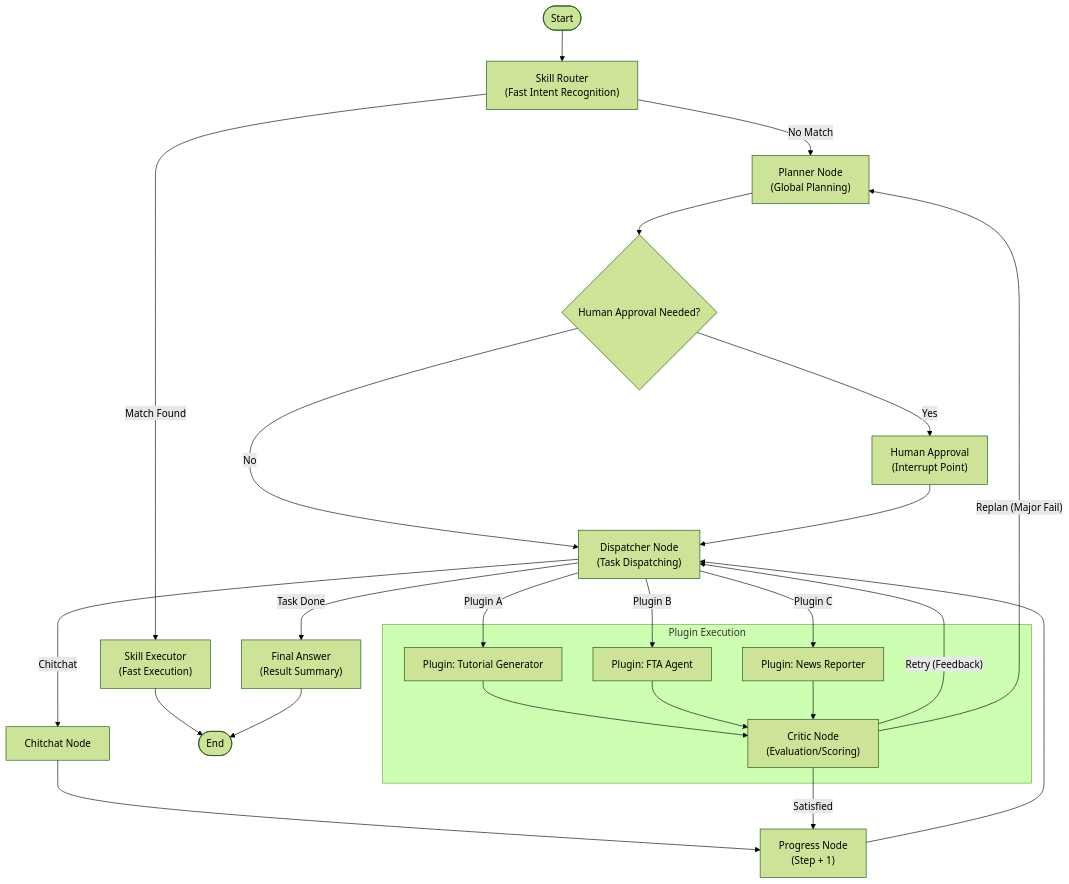
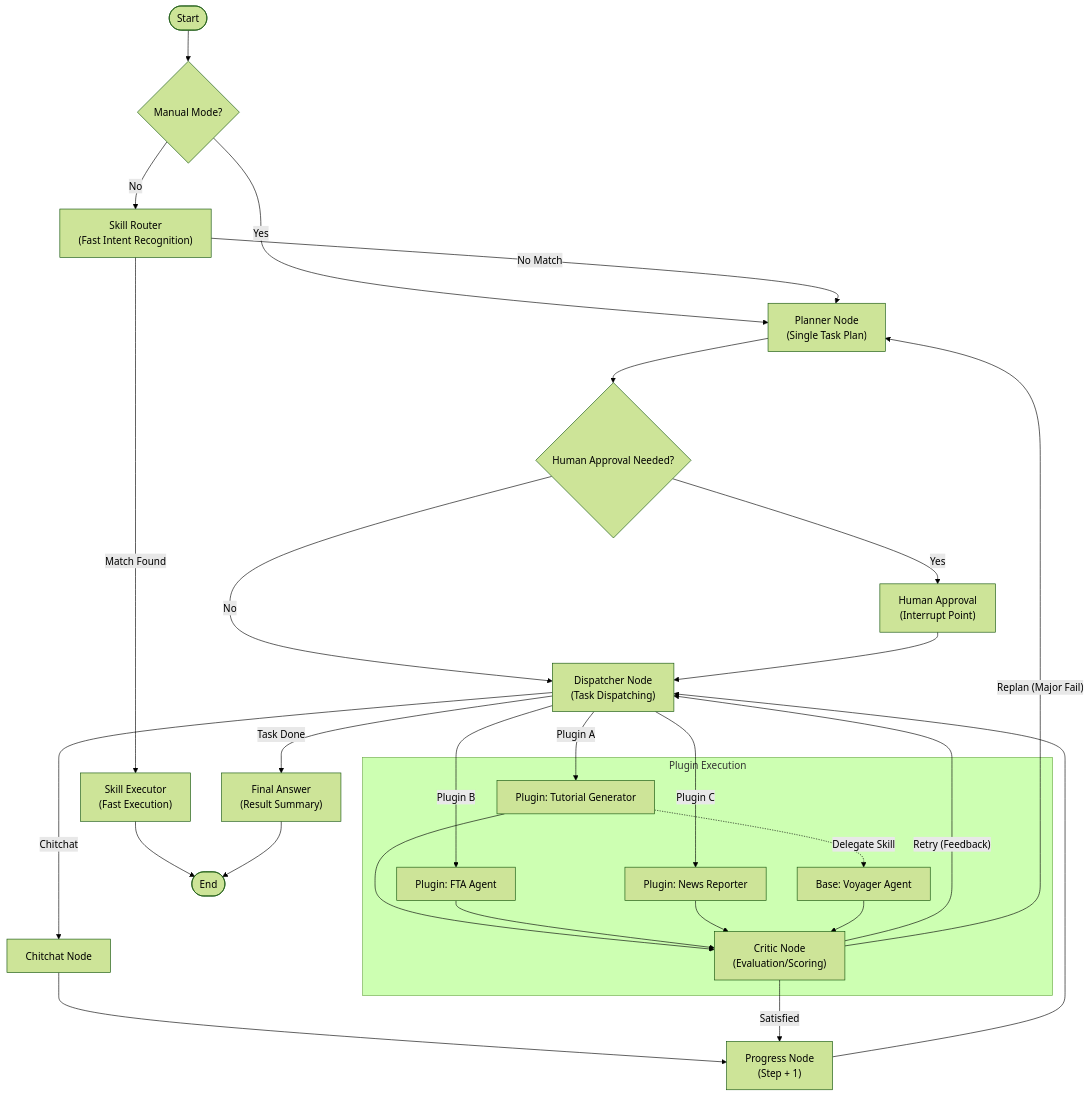
The diagram in README.md (kelicblan/seerlord_ai), drawn with Mermaid (forest theme) before and after one commit. The commit also changed other lines of this file and 155 other files, not shown here.

````diff
--- a/README.md
+++ b/README.md
@@ -31,39 +36,44 @@
 ```mermaid
 graph TD
-    Start([Start]) --> SkillRouter["Skill Router<br/>(Fast Intent Recognition)"]
+    Start([Start]) --> CheckMode{"Manual Mode?"}
+    
+    CheckMode -- Yes --> Planner["Planner Node<br/>(Single Task Plan)"]
+    CheckMode -- No --> SkillRouter["Skill Router<br/>(Fast Intent Recognition)"]
     
     SkillRouter -->|"Match Found"| SkillExecutor["Skill Executor<br/>(Fast Execution)"]
     SkillExecutor --> End([End])
     
-    SkillRouter -->|"No Match"| Planner["Planner Node<br/>(Global Planning)"]
+    SkillRouter -->|"No Match"| Planner
     
     Planner --> CheckApproval{"Human Approval Needed?"}
     CheckApproval -- Yes --> HumanApproval["Human Approval<br/>(Interrupt Point)"]
     CheckApproval -- No --> Dispatcher
     
     HumanApproval --> Dispatcher["Dispatcher Node<br/>(Task Dispatching)"]
     
     Dispatcher -->|"Task Done"| FinalAnswer["Final Answer<br/>(Result Summary)"]
     FinalAnswer --> End
     
     Dispatcher -->|Chitchat| ChitchatNode[Chitchat Node]
     ChitchatNode --> Progress
     
     Dispatcher -->|"Plugin A"| PluginA[Plugin: Tutorial Generator]
     Dispatcher -->|"Plugin B"| PluginB[Plugin: FTA Agent]
     Dispatcher -->|"Plugin C"| PluginC[Plugin: News Reporter]
     
     subgraph PluginExecution ["Plugin Execution"]
+        PluginA -.->|Delegate Skill| Voyager[Base: Voyager Agent]
         PluginA --> Critic
         PluginB --> Critic
         PluginC --> Critic
+        Voyager --> Critic
     end
     
     Critic["Critic Node<br/>(Evaluation/Scoring)"]
     
     Critic -->|Satisfied| Progress["Progress Node<br/>(Step + 1)"]
     Critic -->|"Retry (Feedback)"| Dispatcher
     Critic -->|"Replan (Major Fail)"| Planner
     
     Progress --> Dispatcher
 ```
````
